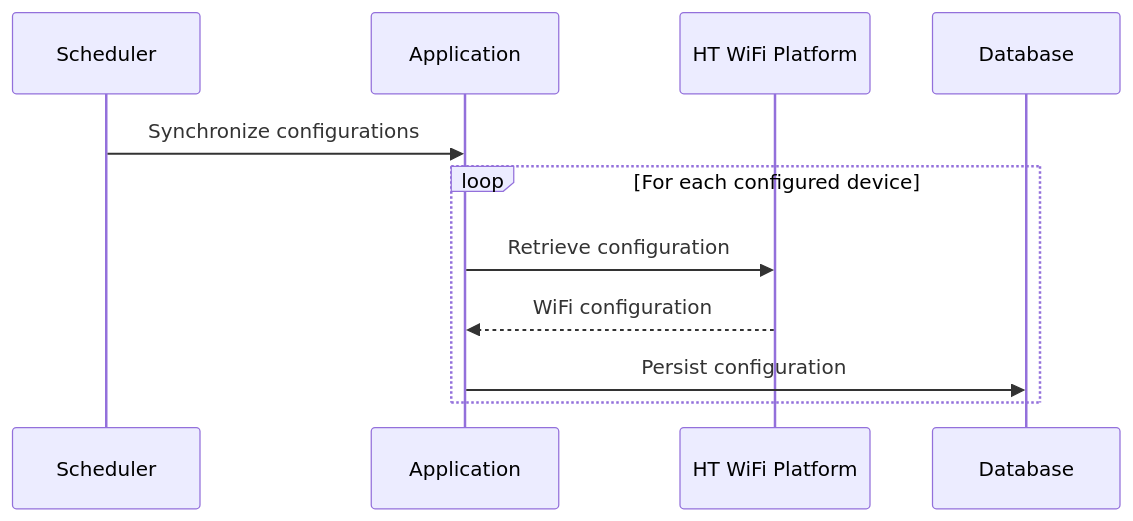
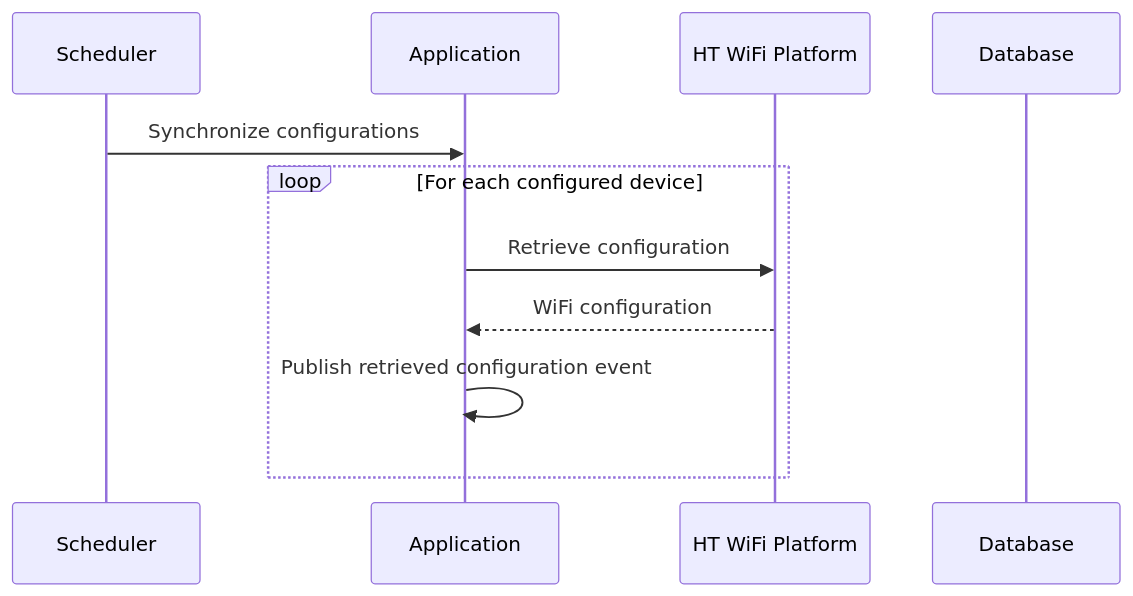
One commit to meowpow-png/wifi-admin changed the fourth of 4 diagrams in backend/docs/ARCHITECTURE.md. Above: the diagram before and after it, drawn with Mermaid. The commit also changed other lines of this file and 4 other files, not shown here.

````diff
--- a/backend/docs/ARCHITECTURE.md
+++ b/backend/docs/ARCHITECTURE.md
@@ -180,16 +180,16 @@
 ```mermaid
 sequenceDiagram
     participant Scheduler
     participant Application
     participant Platform as HT WiFi Platform
     participant Database
 
     Scheduler->>Application: Synchronize configurations
 
     loop For each configured device
         Application->>Platform: Retrieve configuration
         Platform-->>Application: WiFi configuration
 
-        Application->>Database: Persist configuration
+        Application->>Application: Publish retrieved configuration event
     end
 ```
````
